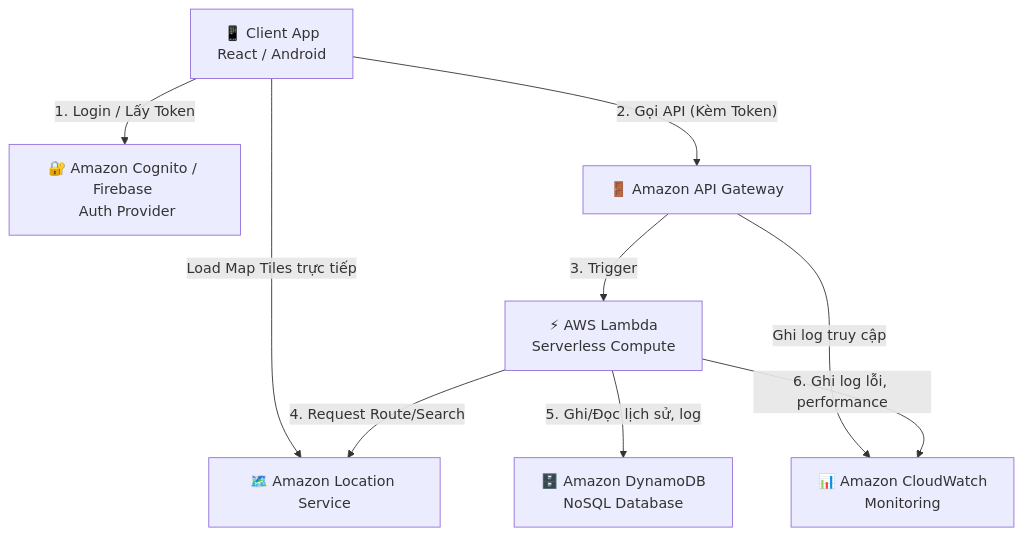
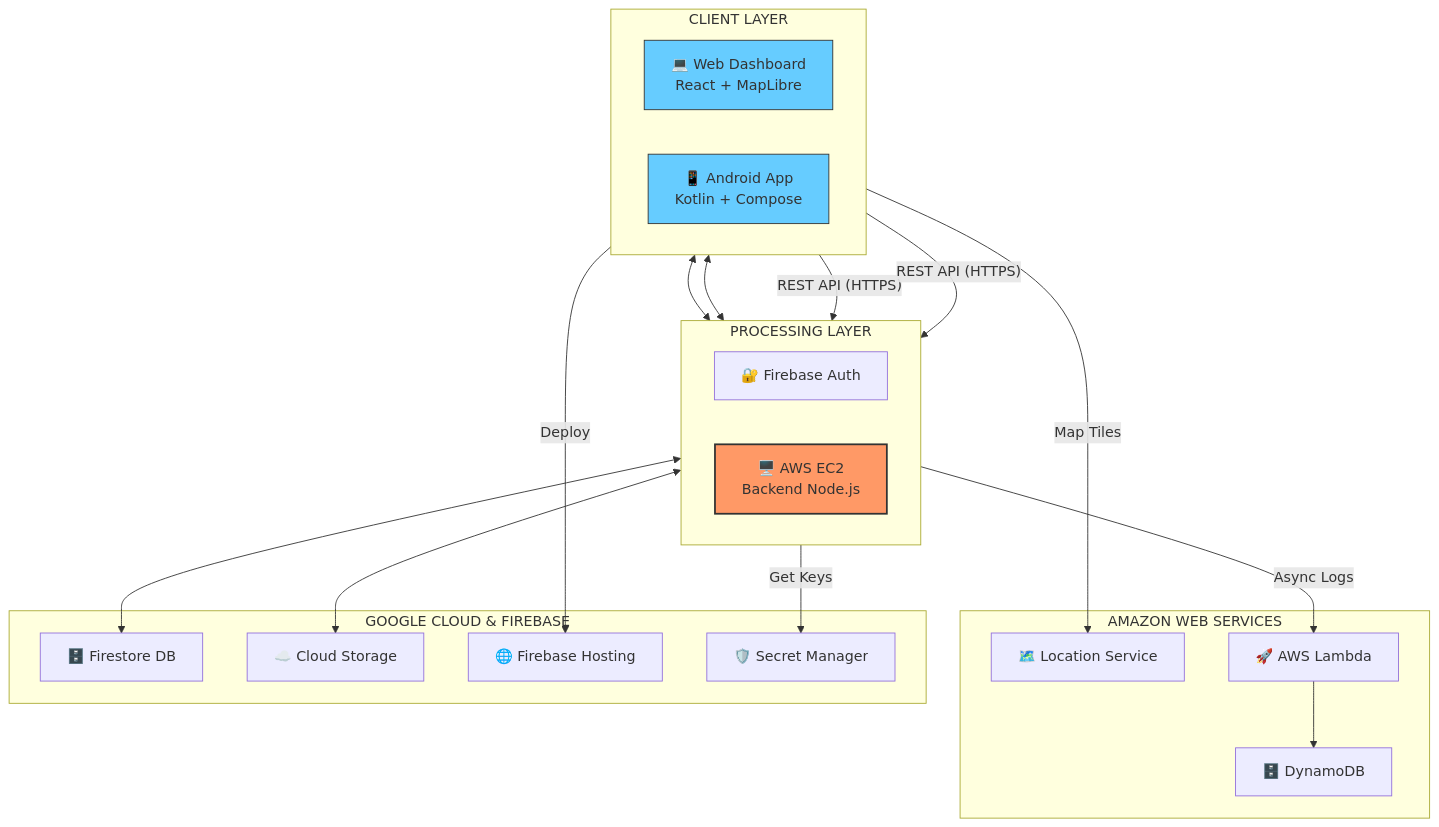
The second of 7 diagrams in docs/TIEU_LUAN_SMART_MAP_AWS_FINAL.md (LeNguyenDuyCuong99zw/smart-map-cloud-analytics), drawn with Mermaid before and after one commit. The commit also changed other lines of this file and 27 other files, not shown here.

````diff
--- a/docs/TIEU_LUAN_SMART_MAP_AWS_FINAL.md
+++ b/docs/TIEU_LUAN_SMART_MAP_AWS_FINAL.md
@@ -172,21 +183,57 @@
 ```mermaid
 graph TD
-    Client[📱 Client App <br/> React / Android]
-    Auth[🔐 Amazon Cognito / Firebase <br/> Auth Provider]
-    APIGW[🚪 Amazon API Gateway]
-    Lambda[⚡ AWS Lambda <br/> Serverless Compute]
-    Location[🗺️ Amazon Location Service]
-    Dynamo[🗄️ Amazon DynamoDB <br/> NoSQL Database]
-    CloudWatch[📊 Amazon CloudWatch <br/> Monitoring]
+    %% Tầng 1: Clients
+    subgraph Layers_1 [CLIENT LAYER]
+        direction LR
+        Web[💻 Web Dashboard <br/> React + MapLibre]
+        Mobile[📱 Android App <br/> Kotlin + Compose]
+    end
 
-    Client -- "1. Login / Lấy Token" --> Auth
-    Client -- "2. Gọi API (Kèm Token)" --> APIGW
-    Client -- "Load Map Tiles trực tiếp" --> Location
+    %% Tầng 2: Processing
+    subgraph Layers_2 [PROCESSING LAYER]
+        direction LR
+        Auth[🔐 Firebase Auth]
+        EC2[🖥️ AWS EC2 <br/> Backend Node.js]
+    end
+
+    %% Tầng 3: AWS Services
+    subgraph AWS [AMAZON WEB SERVICES]
+        Location[🗺️ Location Service]
+        Lambda[🚀 AWS Lambda]
+        Dynamo[🗄️ DynamoDB]
+    end
+
+    %% Tầng 4: GCP Services
+    subgraph GCP [GOOGLE CLOUD & FIREBASE]
+        Firestore[🗄️ Firestore DB]
+        Storage[☁️ Cloud Storage]
+        Hosting[🌐 Firebase Hosting]
+        SecretMgr[🛡️ Secret Manager]
+    end
+
+    %% --- Connections ---
     
-    APIGW -- "3. Trigger" --> Lambda
-    APIGW -- "Ghi log truy cập" --> CloudWatch
+    %% User Authentication
+    Web & Mobile <--> Auth
     
-    Lambda -- "4. Request Route/Search" --> Location
-    Lambda -- "5. Ghi/Đọc lịch sử, log" --> Dynamo
-    Lambda -- "6. Ghi log lỗi, performance" --> CloudWatch
+    %% Business Logic
+    Web & Mobile -- "REST API (HTTPS)" --> EC2
+    
+    %% Data Persistence
+    EC2 <--> Firestore
+    EC2 <--> Storage
+    EC2 -- "Get Keys" --> SecretMgr
+    
+    %% Analytics & Maps
+    EC2 -- "Async Logs" --> Lambda
+    Lambda --> Dynamo
+    Web -- "Map Tiles" --> Location
+    
+    %% Deployment
+    Web -- "Deploy" --> Hosting
+
+    %% Styling
+    style EC2 fill:#f96,stroke:#333,stroke-width:2px
+    style Web fill:#6cf,stroke:#333
+    style Mobile fill:#6cf,stroke:#333
 ```
````
